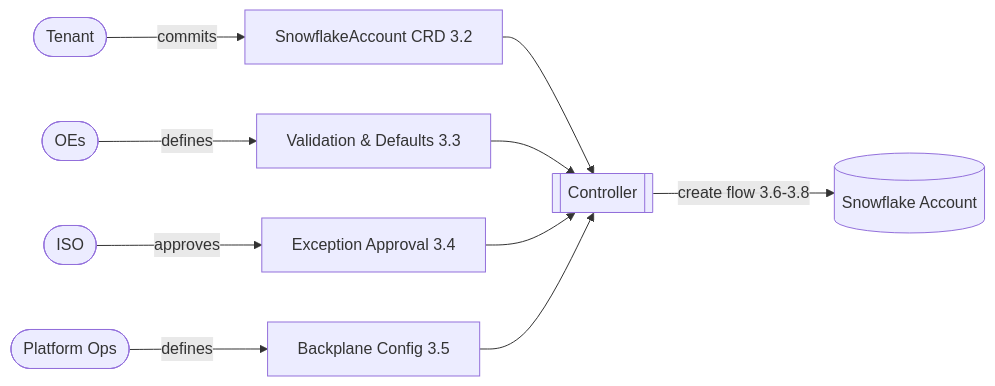
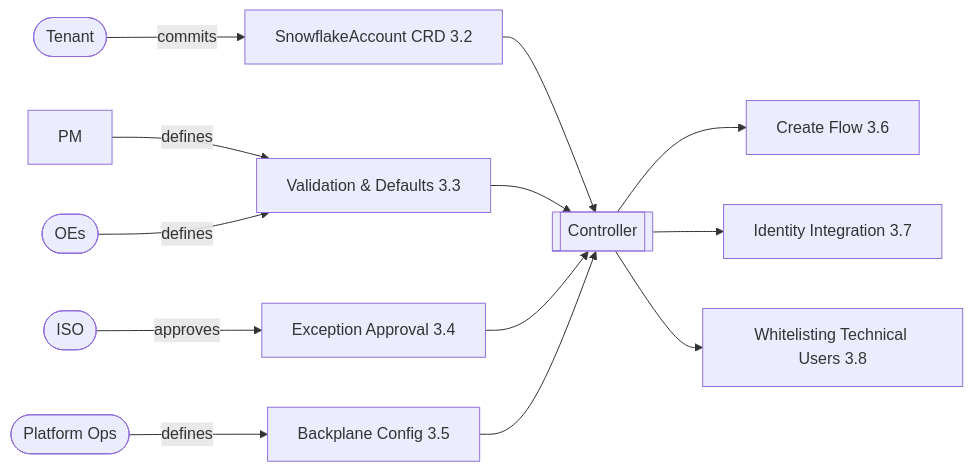
One commit to allianz/yukimi changed the diagram in specs/design.md. Above: the diagram before and after it, drawn with Mermaid.

Commit message:
added mermaid

````diff
--- a/specs/design.md
+++ b/specs/design.md
@@ -112,14 +112,16 @@
 ```mermaid
 flowchart LR
     Tenant([Tenant]) -->|commits| CRD[SnowflakeAccount CRD 3.2]
-    OEs([OEs]) -->|defines| ValidationRules[Validation & Defaults 3.3]
+    PM & OEs([OEs]) -->|defines| ValidationRules[Validation & Defaults 3.3]
     ISO([ISO]) -->|approves| Exceptions[Exception Approval 3.4]
     Ops([Platform Ops]) -->|defines| BackplaneConfig[Backplane Config 3.5]
 
     CRD --> Controller[[Controller]]
     ValidationRules --> Controller
     Exceptions --> Controller
     BackplaneConfig --> Controller
 
-    Controller -->|create flow 3.6-3.8| Snowflake[(Snowflake Account)]
+    Controller --> CreateFlow[Create Flow 3.6]
+    Controller --> IdentityIntegration[Identity Integration 3.7]
+    Controller --> Whitelisting[Whitelisting Technical Users 3.8]
 ```
````
